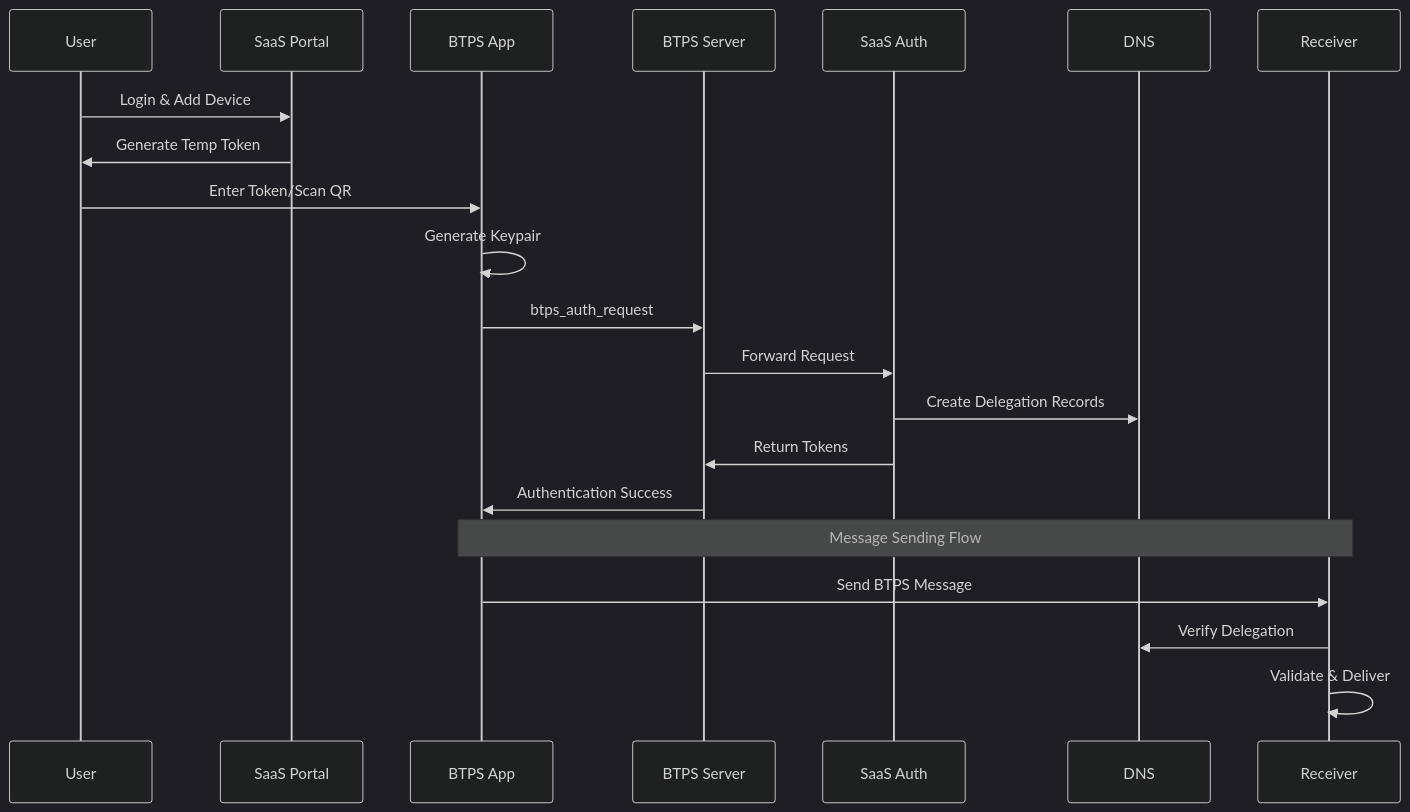
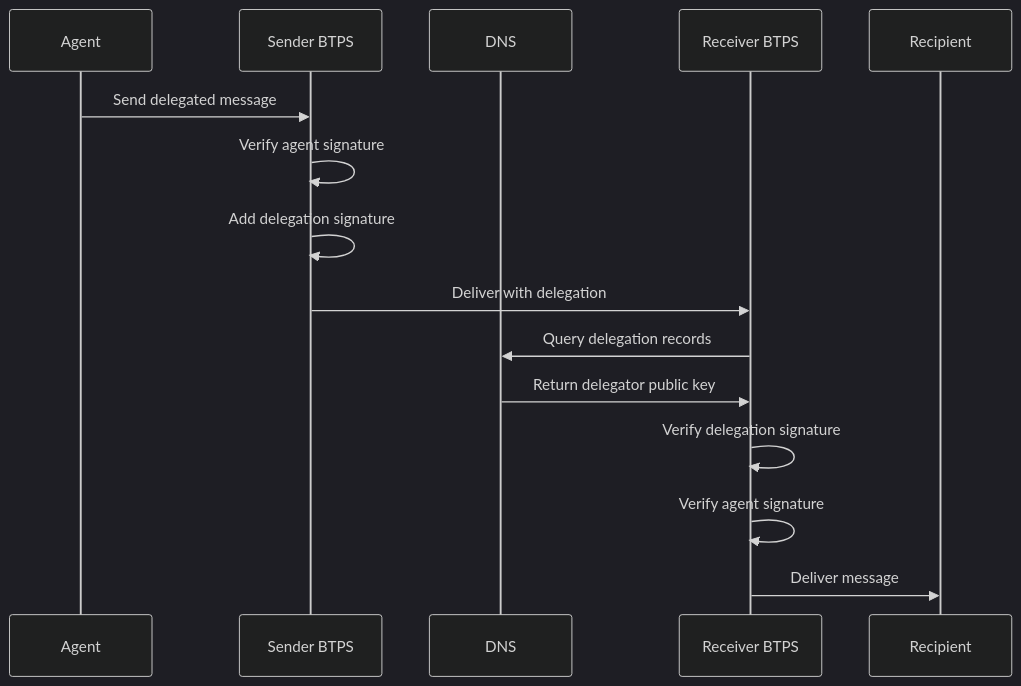
One commit to openbtps/btps-node changed the diagram in docs/docusaurus/docs/protocol/delegation/overview.md. Above: the diagram before and after it, drawn with Mermaid (dark theme). The commit also changed other lines of this file and 28 other files, not shown here.

````diff
--- a/docs/docusaurus/docs/protocol/delegation/overview.md
+++ b/docs/docusaurus/docs/protocol/delegation/overview.md
@@ -41,25 +23,18 @@
 ```mermaid
 sequenceDiagram
-    participant User
-    participant SaaS Portal
-    participant BTPS App
-    participant BTPS Server
-    participant SaaS Auth
+    participant Agent
+    participant Sender BTPS
     participant DNS
-    participant Receiver
+    participant Receiver BTPS
+    participant Recipient
 
-    User->>SaaS Portal: Login & Add Device
-    SaaS Portal->>User: Generate Temp Token
-    User->>BTPS App: Enter Token/Scan QR
-    BTPS App->>BTPS App: Generate Keypair
-    BTPS App->>BTPS Server: btps_auth_request
-    BTPS Server->>SaaS Auth: Forward Request
-    SaaS Auth->>DNS: Create Delegation Records
-    SaaS Auth->>BTPS Server: Return Tokens
-    BTPS Server->>BTPS App: Authentication Success
-    
-    Note over BTPS App,Receiver: Message Sending Flow
-    BTPS App->>Receiver: Send BTPS Message
-    Receiver->>DNS: Verify Delegation
-    Receiver->>Receiver: Validate & Deliver
+    Agent->>Sender BTPS: Send delegated message
+    Sender BTPS->>Sender BTPS: Verify agent signature
+    Sender BTPS->>Sender BTPS: Add delegation signature
+    Sender BTPS->>Receiver BTPS: Deliver with delegation
+    Receiver BTPS->>DNS: Query delegation records
+    DNS->>Receiver BTPS: Return delegator public key
+    Receiver BTPS->>Receiver BTPS: Verify delegation signature
+    Receiver BTPS->>Receiver BTPS: Verify agent signature
+    Receiver BTPS->>Recipient: Deliver message
 ```
````
